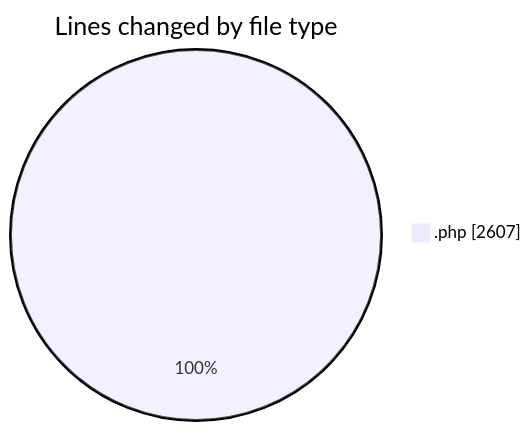
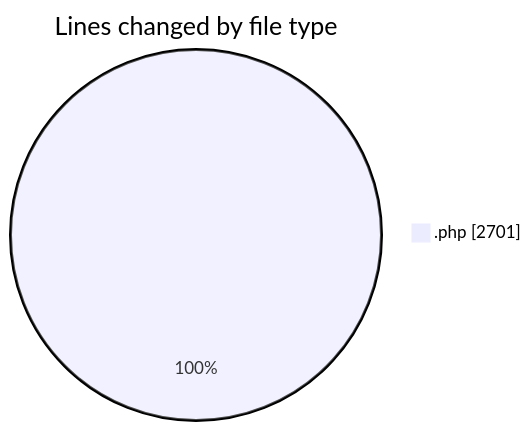
The first of 2 diagrams in 2026-07-21/wp-content/README.md (debugP/code-tracking), drawn with Mermaid before and after one commit. The commit also changed other lines of this file and 1 other file, not shown here.

````diff
--- a/2026-07-21/wp-content/README.md
+++ b/2026-07-21/wp-content/README.md
@@ -20,5 +20,5 @@
 ```mermaid
 pie showData
 title Lines changed by file type
-".php" : 2607
+".php" : 2701
 ```
````
